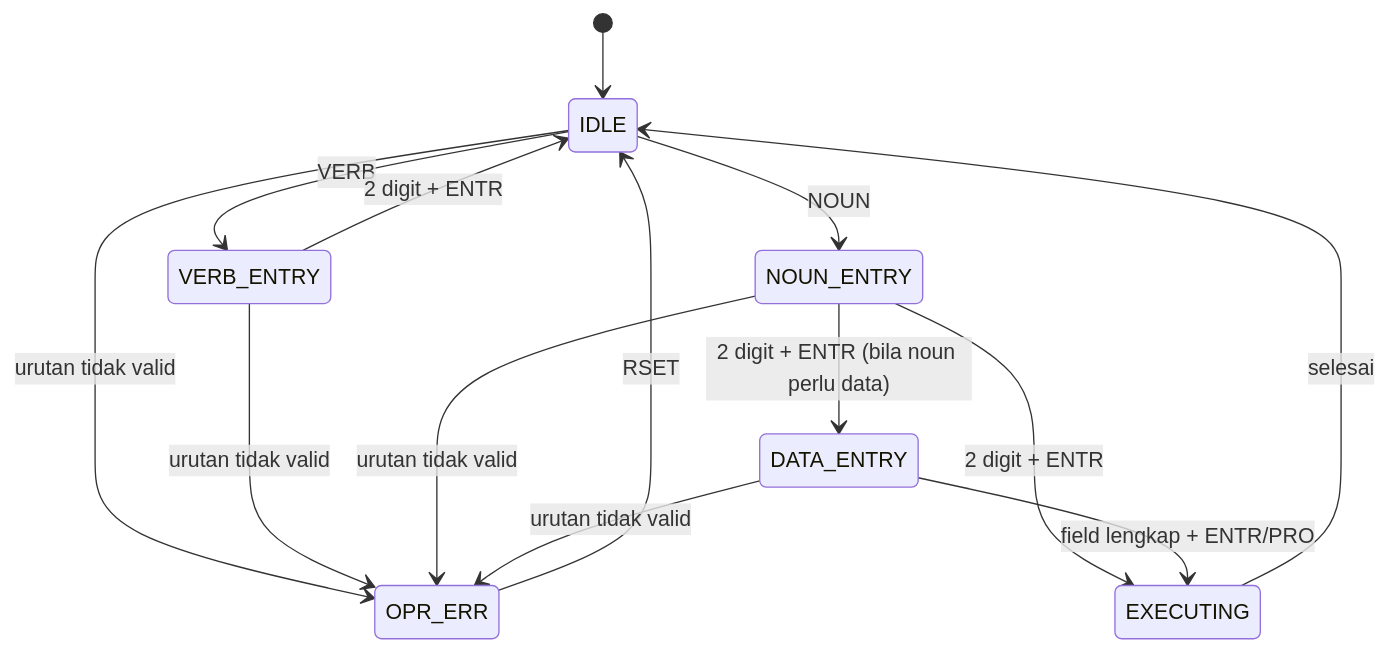
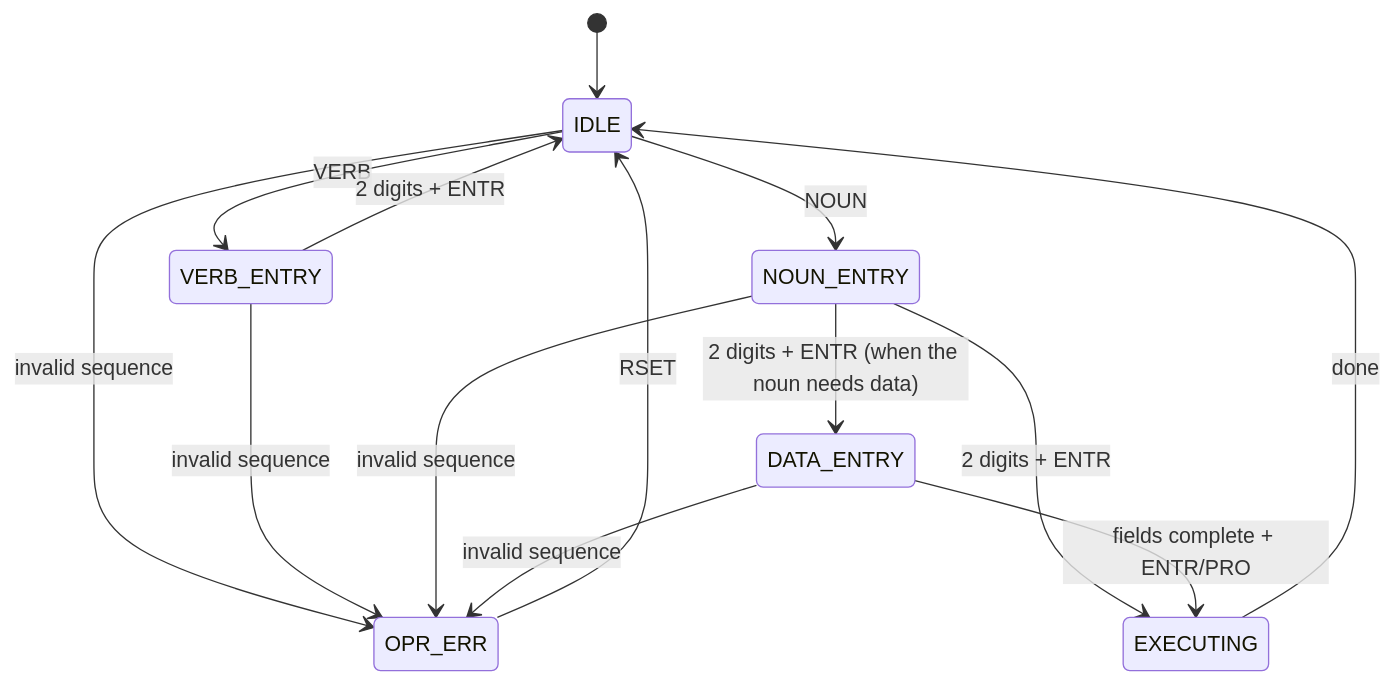
One commit to 0xshalah/apollo-26 changed the second of 4 diagrams in docs/state-machines.md. Above: the diagram before and after it, drawn with Mermaid. The commit also changed other lines of this file and 146 other files, not shown here.

````diff
--- a/docs/state-machines.md
+++ b/docs/state-machines.md
@@ -35,16 +37,16 @@
 ```mermaid
 stateDiagram-v2
   [*] --> IDLE
   IDLE --> VERB_ENTRY: VERB
   IDLE --> NOUN_ENTRY: NOUN
-  VERB_ENTRY --> IDLE: 2 digit + ENTR
-  NOUN_ENTRY --> DATA_ENTRY: 2 digit + ENTR (bila noun perlu data)
-  NOUN_ENTRY --> EXECUTING: 2 digit + ENTR
-  DATA_ENTRY --> EXECUTING: field lengkap + ENTR/PRO
-  EXECUTING --> IDLE: selesai
-  IDLE --> OPR_ERR: urutan tidak valid
-  VERB_ENTRY --> OPR_ERR: urutan tidak valid
-  NOUN_ENTRY --> OPR_ERR: urutan tidak valid
-  DATA_ENTRY --> OPR_ERR: urutan tidak valid
+  VERB_ENTRY --> IDLE: 2 digits + ENTR
+  NOUN_ENTRY --> DATA_ENTRY: 2 digits + ENTR (when the noun needs data)
+  NOUN_ENTRY --> EXECUTING: 2 digits + ENTR
+  DATA_ENTRY --> EXECUTING: fields complete + ENTR/PRO
+  EXECUTING --> IDLE: done
+  IDLE --> OPR_ERR: invalid sequence
+  VERB_ENTRY --> OPR_ERR: invalid sequence
+  NOUN_ENTRY --> OPR_ERR: invalid sequence
+  DATA_ENTRY --> OPR_ERR: invalid sequence
   OPR_ERR --> IDLE: RSET
 ```
````
